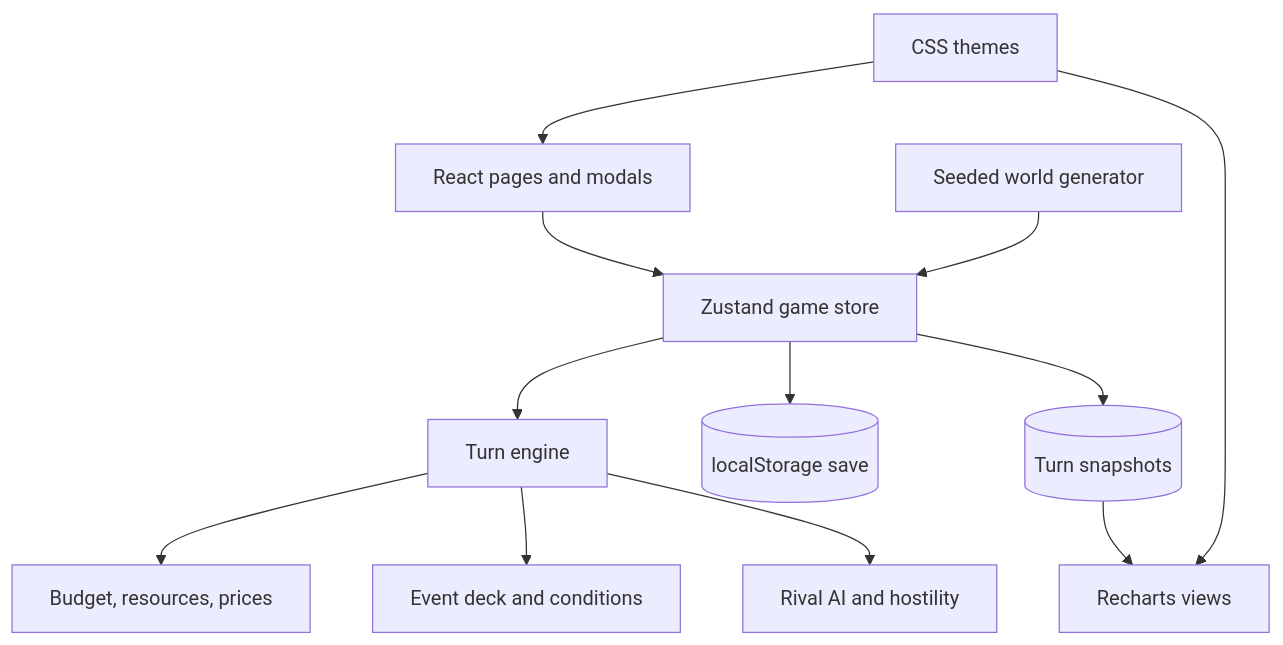
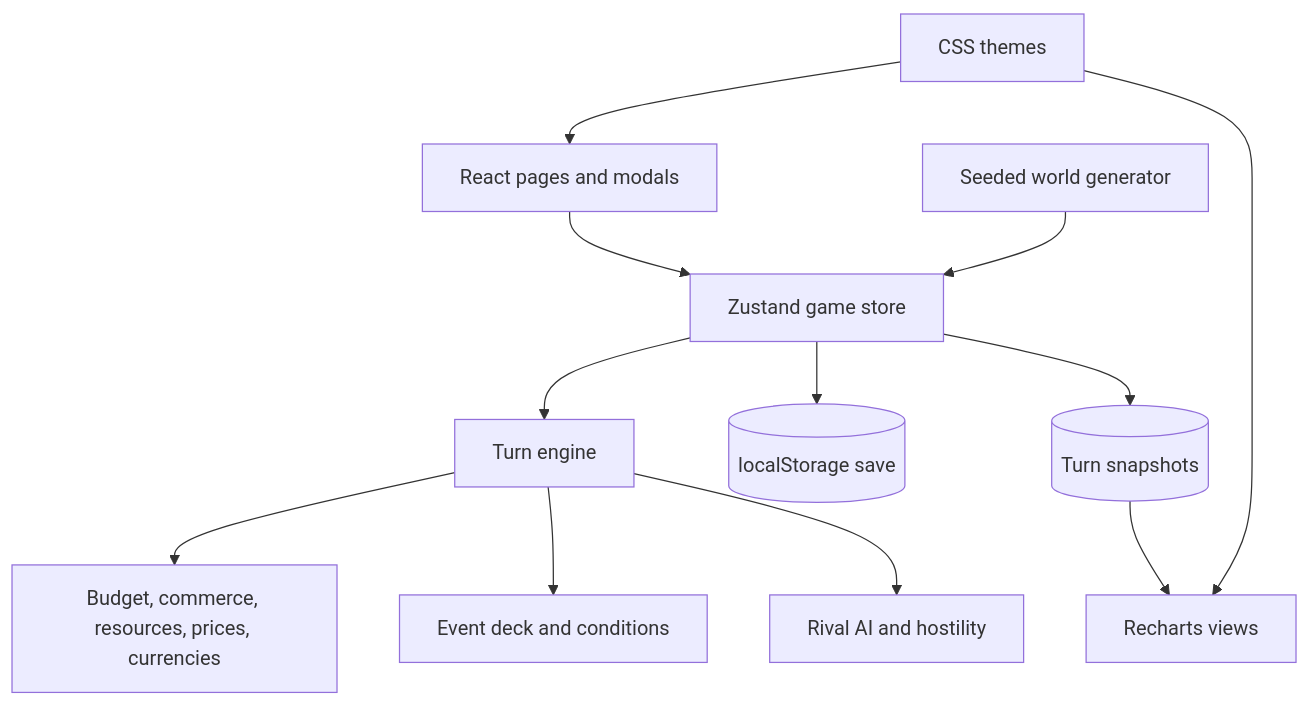
The diagram in README.md (BanguDevClub/countrystrike), drawn with Mermaid before and after one commit. The commit also changed other lines of this file and 16 other files, not shown here.

````diff
--- a/README.md
+++ b/README.md
@@ -123,14 +131,14 @@
 ```mermaid
 graph TD
   UI[React pages and modals] --> Store[Zustand game store]
   Store --> Engine[Turn engine]
-  Engine --> Economy[Budget, resources, prices]
+  Engine --> Economy[Budget, commerce, resources, prices, currencies]
   Engine --> Events[Event deck and conditions]
   Engine --> AI[Rival AI and hostility]
   Worldgen[Seeded world generator] --> Store
   Store --> Save[(localStorage save)]
   Store --> History[(Turn snapshots)]
   History --> Charts[Recharts views]
   Theming[CSS themes] --> UI
   Theming --> Charts
 ```
````
